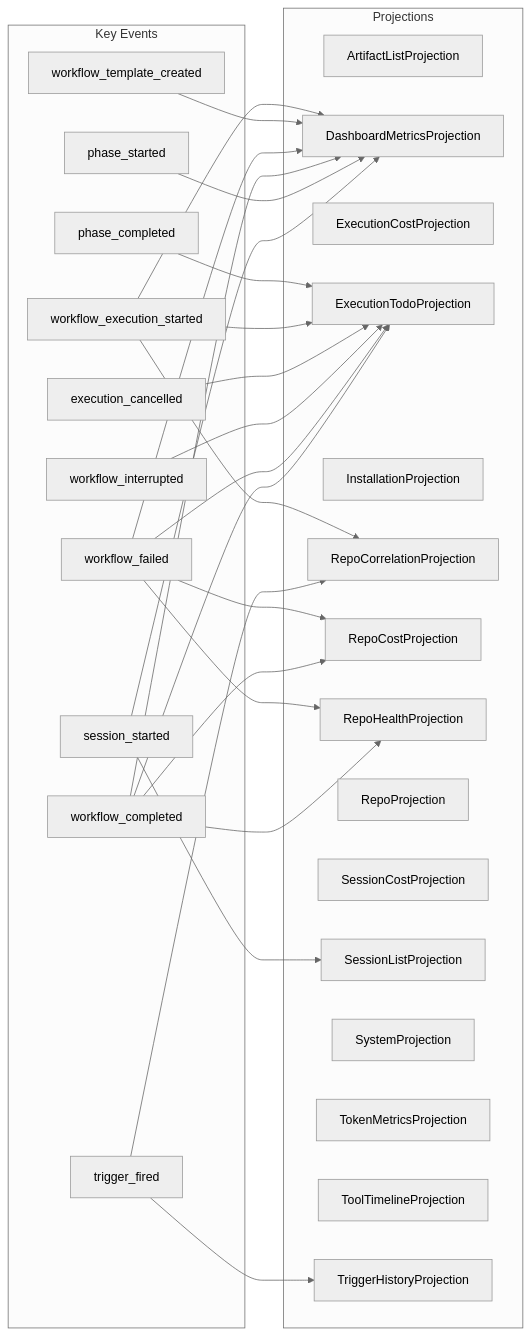
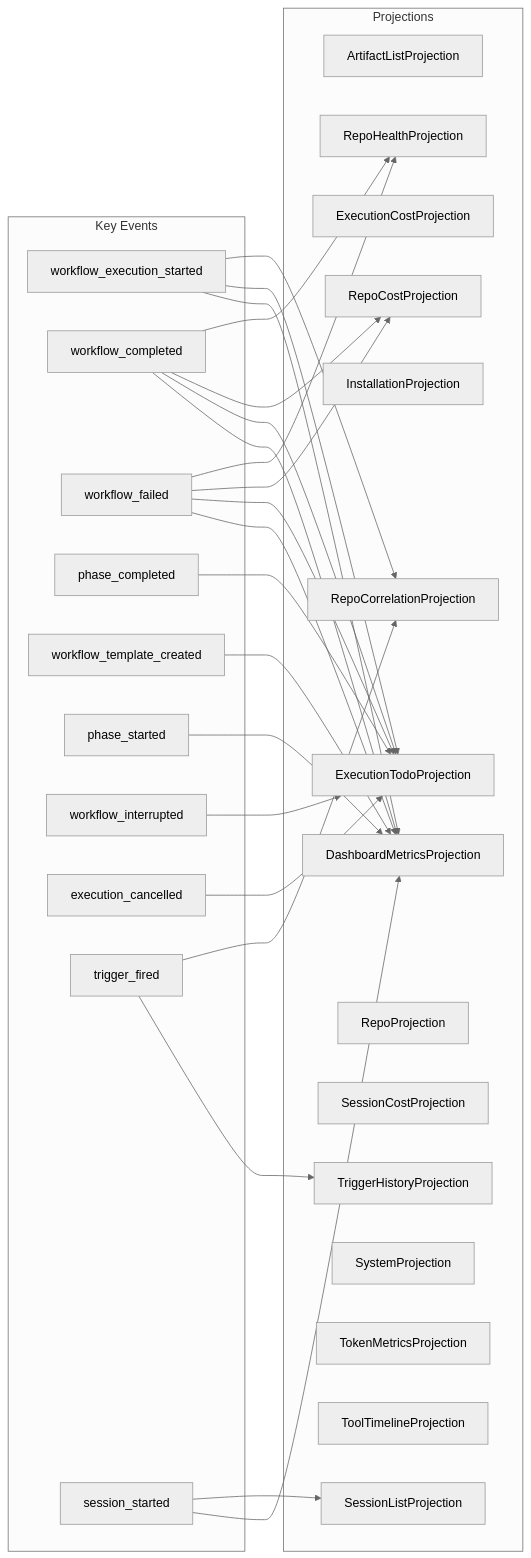
Before and after one commit to syntropic137/syntropic137: the diagram in docs/architecture/projection-subscriptions.md, drawn with Mermaid (neutral theme). The commit also changed 5 other files, not shown here.

````diff
--- a/docs/architecture/projection-subscriptions.md
+++ b/docs/architecture/projection-subscriptions.md
@@ -15,54 +15,54 @@
 ```mermaid
 graph LR
     subgraph events["Key Events"]
         e1[workflow_execution_started]
         e2[workflow_completed]
         e3[workflow_failed]
         e4[phase_completed]
-        e5[phase_started]
-        e6[trigger_fired]
-        e7[workflow_template_created]
-        e8[workflow_interrupted]
-        e9[execution_cancelled]
+        e5[workflow_template_created]
+        e6[phase_started]
+        e7[workflow_interrupted]
+        e8[execution_cancelled]
+        e9[trigger_fired]
         e10[session_started]
     end
 
     subgraph projections["Projections"]
         p1[ArtifactListProjection]
         p2[DashboardMetricsProjection]
         p3[ExecutionCostProjection]
         p4[ExecutionTodoProjection]
         p5[InstallationProjection]
         p6[RepoCorrelationProjection]
         p7[RepoCostProjection]
         p8[RepoHealthProjection]
         p9[RepoProjection]
         p10[SessionCostProjection]
         p11[SessionListProjection]
         p12[SystemProjection]
         p13[TokenMetricsProjection]
         p14[ToolTimelineProjection]
         p15[TriggerHistoryProjection]
     end
 
-    e10 --> p11
-    e10 --> p2
+    e4 --> p4
     e5 --> p2
-    e6 --> p6
-    e6 --> p15
     e2 --> p8
     e2 --> p7
     e2 --> p4
     e2 --> p2
+    e6 --> p2
+    e10 --> p11
+    e10 --> p2
+    e7 --> p4
     e3 --> p8
     e3 --> p7
     e3 --> p4
     e3 --> p2
-    e7 --> p2
     e8 --> p4
-    e9 --> p4
+    e9 --> p6
+    e9 --> p15
     e1 --> p6
     e1 --> p4
     e1 --> p2
-    e4 --> p4
 ```
````
